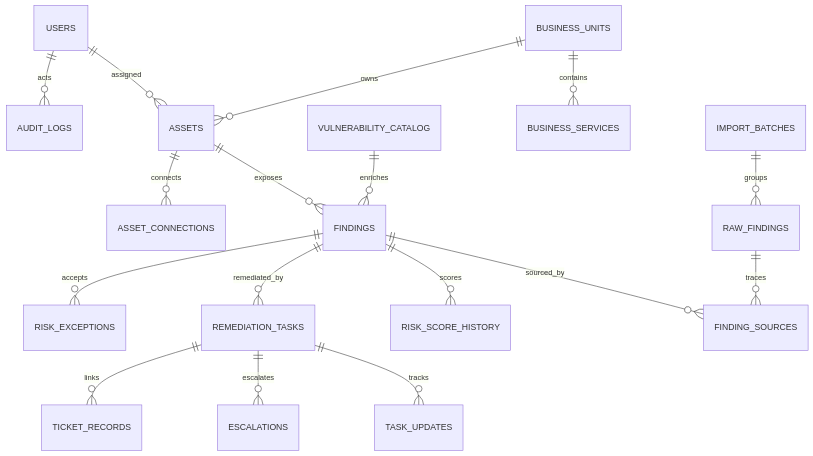
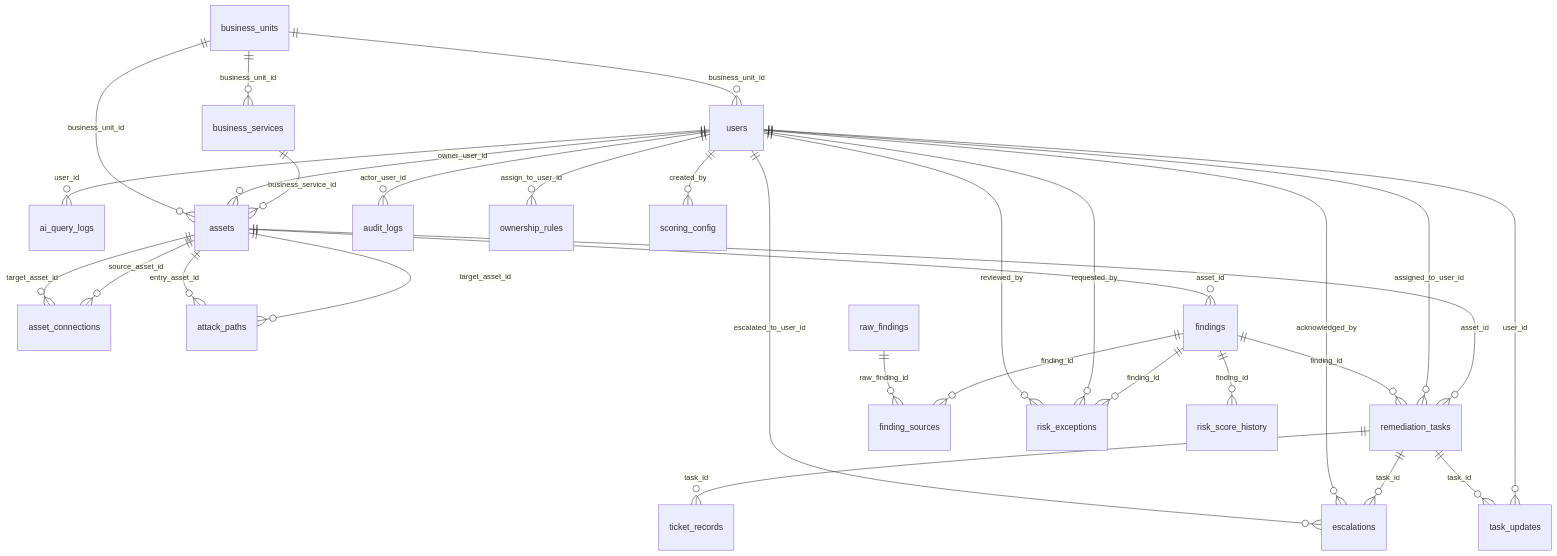
Before and after one commit to Aniket-001-code/ivm-platform: the diagram in docs/05_Data_Model.md, drawn with Mermaid. The commit also changed other lines of this file and 46 other files, not shown here.

````diff
--- a/docs/05_Data_Model.md
+++ b/docs/05_Data_Model.md
@@ -5,19 +14,32 @@
 ```mermaid
 erDiagram
-  BUSINESS_UNITS ||--o{ BUSINESS_SERVICES : contains
-  BUSINESS_UNITS ||--o{ ASSETS : owns
-  USERS ||--o{ ASSETS : assigned
-  ASSETS ||--o{ FINDINGS : exposes
-  VULNERABILITY_CATALOG ||--o{ FINDINGS : enriches
-  ASSETS ||--o{ ASSET_CONNECTIONS : connects
-  FINDINGS ||--o{ FINDING_SOURCES : sourced_by
-  RAW_FINDINGS ||--o{ FINDING_SOURCES : traces
-  FINDINGS ||--o{ RISK_SCORE_HISTORY : scores
-  FINDINGS ||--o{ REMEDIATION_TASKS : remediated_by
-  REMEDIATION_TASKS ||--o{ TASK_UPDATES : tracks
-  REMEDIATION_TASKS ||--o{ ESCALATIONS : escalates
-  FINDINGS ||--o{ RISK_EXCEPTIONS : accepts
-  REMEDIATION_TASKS ||--o{ TICKET_RECORDS : links
-  USERS ||--o{ AUDIT_LOGS : acts
-  IMPORT_BATCHES ||--o{ RAW_FINDINGS : groups
+    users ||--o{ ai_query_logs : "user_id"
+    assets ||--o{ asset_connections : "source_asset_id"
+    assets ||--o{ asset_connections : "target_asset_id"
+    business_services ||--o{ assets : "business_service_id"
+    users ||--o{ assets : "owner_user_id"
+    business_units ||--o{ assets : "business_unit_id"
+    assets ||--o{ attack_paths : "target_asset_id"
+    assets ||--o{ attack_paths : "entry_asset_id"
+    users ||--o{ audit_logs : "actor_user_id"
+    business_units ||--o{ business_services : "business_unit_id"
+    remediation_tasks ||--o{ escalations : "task_id"
+    users ||--o{ escalations : "acknowledged_by"
+    users ||--o{ escalations : "escalated_to_user_id"
+    findings ||--o{ finding_sources : "finding_id"
+    raw_findings ||--o{ finding_sources : "raw_finding_id"
+    assets ||--o{ findings : "asset_id"
+    users ||--o{ ownership_rules : "assign_to_user_id"
+    assets ||--o{ remediation_tasks : "asset_id"
+    users ||--o{ remediation_tasks : "assigned_to_user_id"
+    findings ||--o{ remediation_tasks : "finding_id"
+    findings ||--o{ risk_exceptions : "finding_id"
+    users ||--o{ risk_exceptions : "requested_by"
+    users ||--o{ risk_exceptions : "reviewed_by"
+    findings ||--o{ risk_score_history : "finding_id"
+    users ||--o{ scoring_config : "created_by"
+    users ||--o{ task_updates : "user_id"
+    remediation_tasks ||--o{ task_updates : "task_id"
+    remediation_tasks ||--o{ ticket_records : "task_id"
+    business_units ||--o{ users : "business_unit_id"
 ```
````
